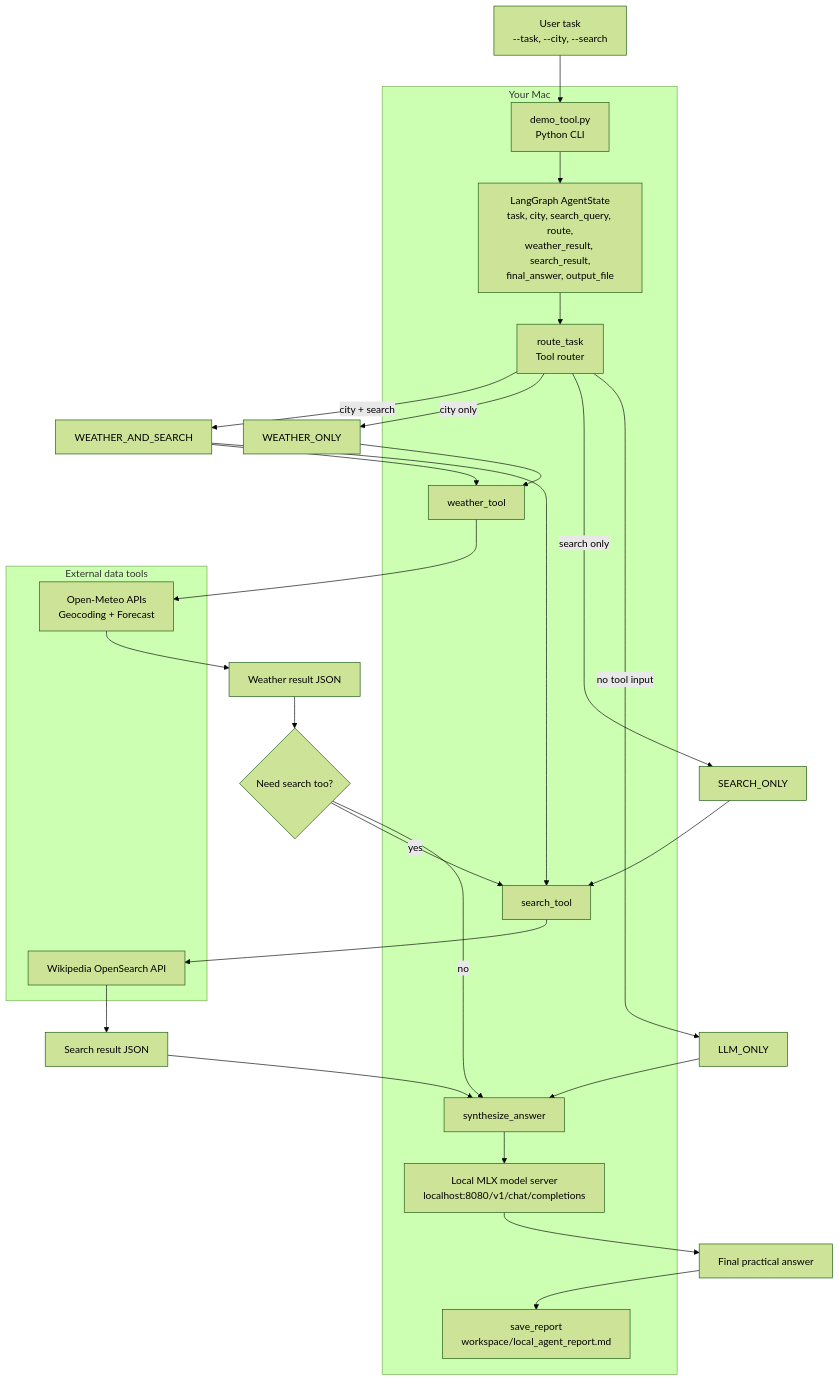
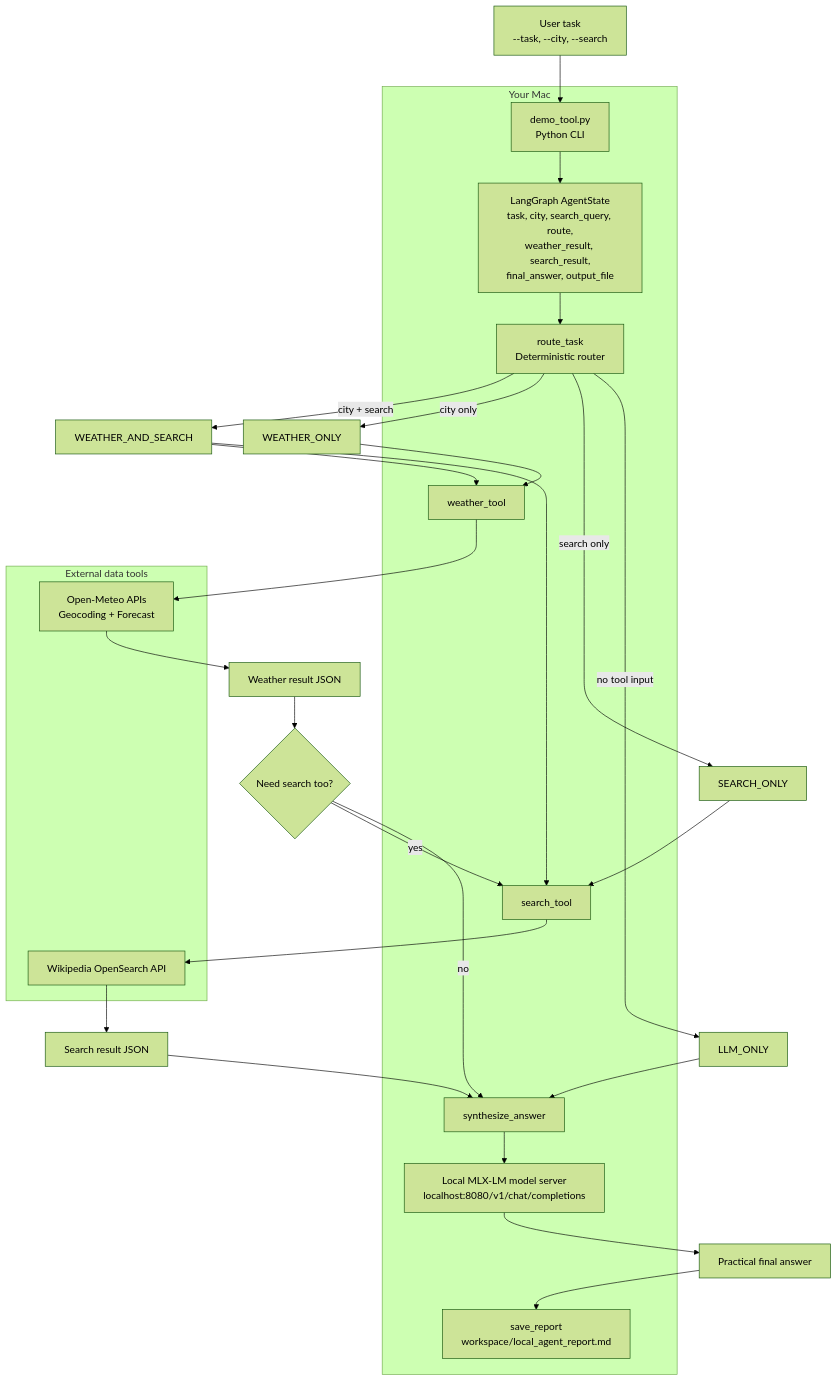
One commit to manifoldailearning/mlx-lm-getting-started changed the diagram in README.md. Above: the diagram before and after it, drawn with Mermaid (forest theme). The commit also changed other lines of this file and 1 other file, not shown here.

````diff
--- a/README.md
+++ b/README.md
@@ -29,46 +65,46 @@
 ```mermaid
 flowchart TD
     User["User task<br/>--task, --city, --search"] --> CLI["demo_tool.py<br/>Python CLI"]
     CLI --> State["LangGraph AgentState<br/>task, city, search_query, route,<br/>weather_result, search_result,<br/>final_answer, output_file"]
-    State --> Router["route_task<br/>Tool router"]
+    State --> Router["route_task<br/>Deterministic router"]
 
     Router -->|"city + search"| Both["WEATHER_AND_SEARCH"]
     Router -->|"city only"| WeatherOnly["WEATHER_ONLY"]
     Router -->|"search only"| SearchOnly["SEARCH_ONLY"]
     Router -->|"no tool input"| LLMOnly["LLM_ONLY"]
 
     Both --> WeatherTool["weather_tool"]
     WeatherOnly --> WeatherTool
     WeatherTool --> OpenMeteo["Open-Meteo APIs<br/>Geocoding + Forecast"]
     OpenMeteo --> WeatherResult["Weather result JSON"]
     WeatherResult --> SearchDecision{"Need search too?"}
 
     SearchDecision -->|"yes"| SearchTool["search_tool"]
     SearchDecision -->|"no"| Synthesis["synthesize_answer"]
     Both --> SearchTool
     SearchOnly --> SearchTool
     SearchTool --> Wikipedia["Wikipedia OpenSearch API"]
     Wikipedia --> SearchResult["Search result JSON"]
     SearchResult --> Synthesis
 
     LLMOnly --> Synthesis
-    Synthesis --> MLX["Local MLX model server<br/>localhost:8080/v1/chat/completions"]
-    MLX --> FinalAnswer["Final practical answer"]
+    Synthesis --> MLX["Local MLX-LM model server<br/>localhost:8080/v1/chat/completions"]
+    MLX --> FinalAnswer["Practical final answer"]
     FinalAnswer --> Report["save_report<br/>workspace/local_agent_report.md"]
 
     subgraph Mac["Your Mac"]
         CLI
         State
         Router
         WeatherTool
         SearchTool
         Synthesis
         MLX
         Report
     end
 
     subgraph External["External data tools"]
         OpenMeteo
         Wikipedia
     end
 ```
````
